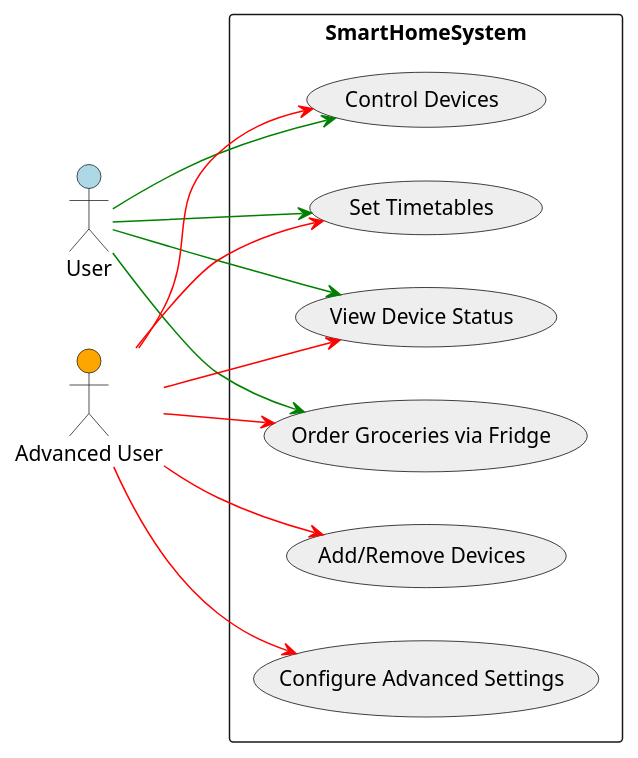
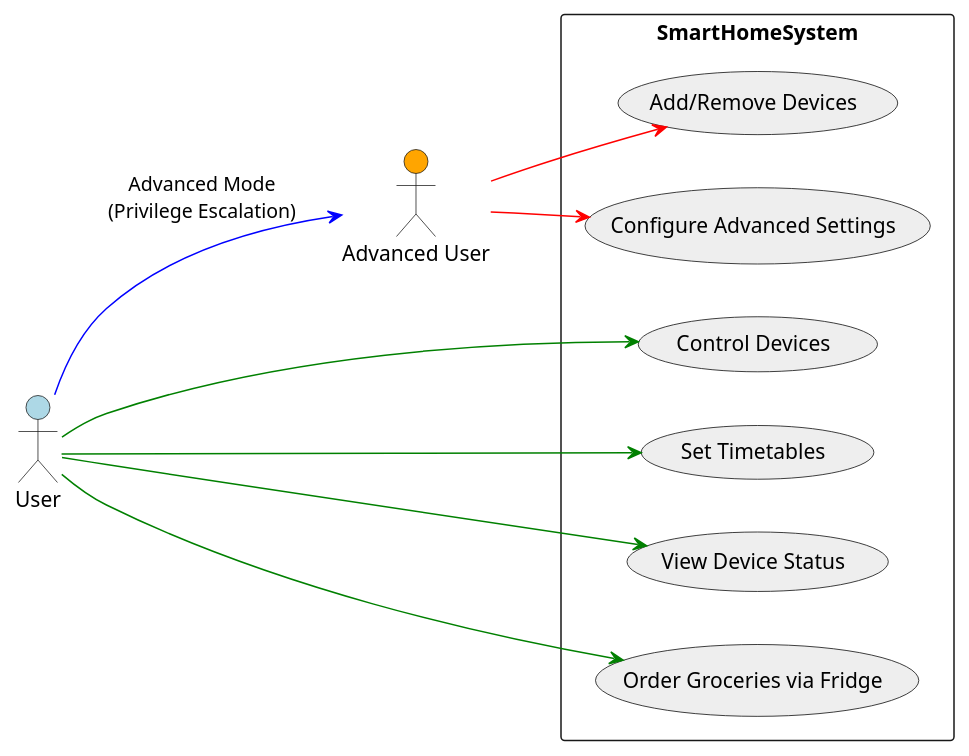
One commit to anuszek/Project_OOP_SmartHome changed the diagram in Docs/useCaseDiagram.puml. Above: the diagram before and after it, drawn with PlantUML.

Commit message:
quick changes

```diff
--- a/Docs/useCaseDiagram.puml
+++ b/Docs/useCaseDiagram.puml
@@ -1,32 +1,29 @@
 @startuml
 skinparam actorStyle stickman
 skinparam usecaseBackgroundColor #EEE
 skinparam usecaseBorderColor #000
 skinparam usecaseFontSize 14
 
 left to right direction
 
 actor "User" as User #lightblue
-actor "Advanced User" as AdvancedUser #orange
+actor "Advanced User" as Adm #orange
 
 rectangle SmartHomeSystem {
     usecase "Control Devices" as UC1
     usecase "Set Timetables" as UC2
     usecase "View Device Status" as UC3
     usecase "Order Groceries via Fridge" as UC4
     usecase "Add/Remove Devices" as UC5
     usecase "Configure Advanced Settings" as UC6
 }
 
 User --> UC1 #green
 User --> UC2 #green
 User --> UC3 #green
 User --> UC4 #green
 
-AdvancedUser --> UC1 #red
-AdvancedUser --> UC2 #red
-AdvancedUser --> UC3 #red
-AdvancedUser --> UC4 #red
-AdvancedUser --> UC5 #red
-AdvancedUser --> UC6 #red
+Adm --> UC5 #red
+Adm --> UC6 #red
+User --> Adm #blue :Advanced Mode\n(Privilege Escalation)
 @enduml
```
